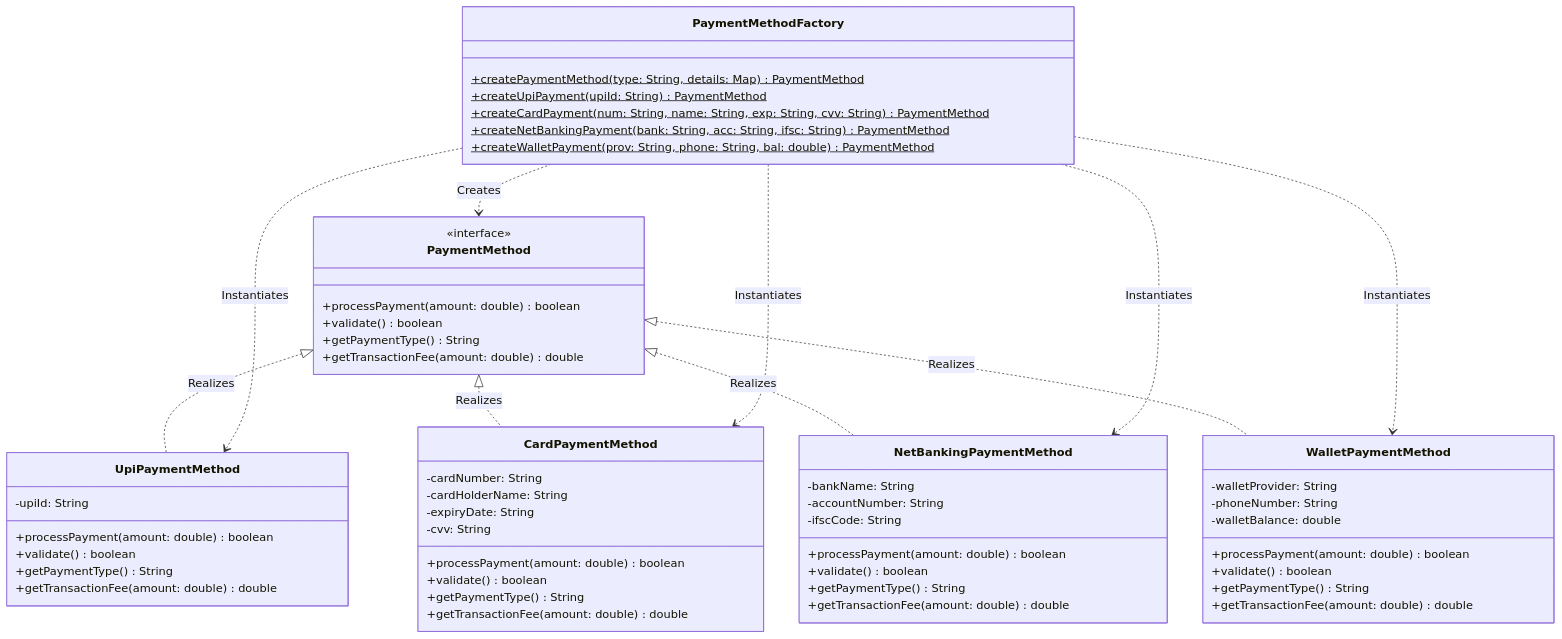
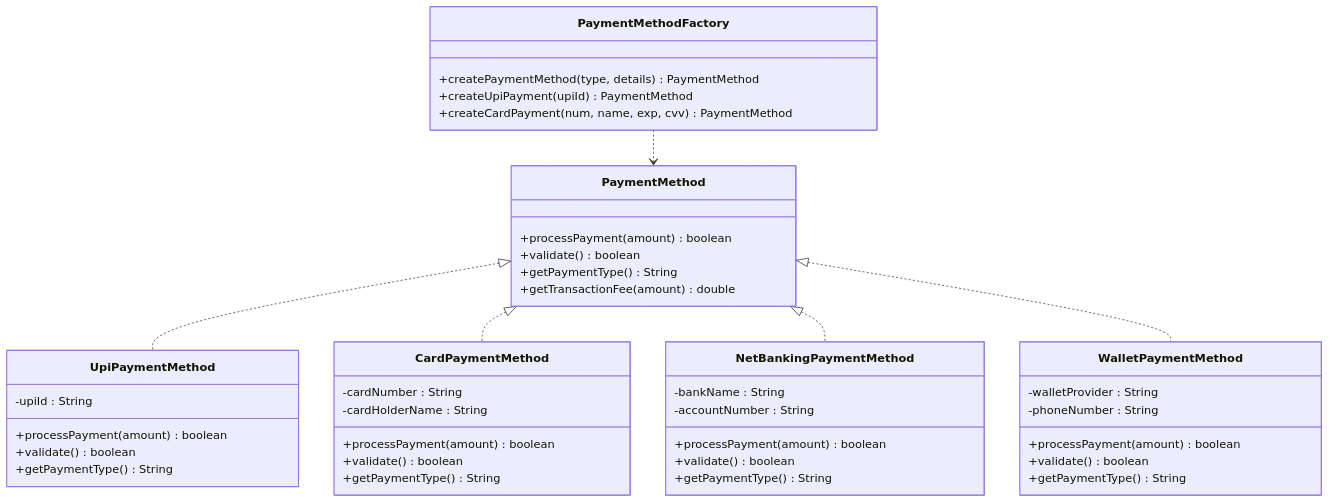
One commit to uttams237/oopsAndLLD changed the diagram in design-patterns/creational/factory/README.md. Above: the diagram before and after it, drawn with Mermaid. The commit also changed 5 other files, not shown here.

Commit message:
Simplify all Mermaid diagrams for GitHub compatibility

````diff
--- a/design-patterns/creational/factory/README.md
+++ b/design-patterns/creational/factory/README.md
@@ -66,67 +66,52 @@
 ```mermaid
 classDiagram
     class PaymentMethod {
-        <<interface>>
-        +processPayment(amount: double) boolean
+        +processPayment(amount) boolean
         +validate() boolean
         +getPaymentType() String
-        +getTransactionFee(amount: double) double
+        +getTransactionFee(amount) double
     }
 
     class UpiPaymentMethod {
-        -upiId: String
-        +processPayment(amount: double) boolean
+        -upiId : String
+        +processPayment(amount) boolean
         +validate() boolean
         +getPaymentType() String
-        +getTransactionFee(amount: double) double
     }
 
     class CardPaymentMethod {
-        -cardNumber: String
-        -cardHolderName: String
-        -expiryDate: String
-        -cvv: String
-        +processPayment(amount: double) boolean
+        -cardNumber : String
+        -cardHolderName : String
+        +processPayment(amount) boolean
         +validate() boolean
         +getPaymentType() String
-        +getTransactionFee(amount: double) double
     }
 
     class NetBankingPaymentMethod {
-        -bankName: String
-        -accountNumber: String
-        -ifscCode: String
-        +processPayment(amount: double) boolean
+        -bankName : String
+        -accountNumber : String
+        +processPayment(amount) boolean
         +validate() boolean
         +getPaymentType() String
-        +getTransactionFee(amount: double) double
     }
 
     class WalletPaymentMethod {
-        -walletProvider: String
-        -phoneNumber: String
-        -walletBalance: double
-        +processPayment(amount: double) boolean
+        -walletProvider : String
+        -phoneNumber : String
+        +processPayment(amount) boolean
         +validate() boolean
         +getPaymentType() String
-        +getTransactionFee(amount: double) double
     }
 
     class PaymentMethodFactory {
-        +createPaymentMethod(type: String, details: Map) PaymentMethod$
-        +createUpiPayment(upiId: String) PaymentMethod$
-        +createCardPayment(num: String, name: String, exp: String, cvv: String) PaymentMethod$
-        +createNetBankingPayment(bank: String, acc: String, ifsc: String) PaymentMethod$
-        +createWalletPayment(prov: String, phone: String, bal: double) PaymentMethod$
+        +createPaymentMethod(type, details) PaymentMethod
+        +createUpiPayment(upiId) PaymentMethod
+        +createCardPayment(num, name, exp, cvv) PaymentMethod
     }
 
-    PaymentMethod <|.. UpiPaymentMethod : Realizes
-    PaymentMethod <|.. CardPaymentMethod : Realizes
-    PaymentMethod <|.. NetBankingPaymentMethod : Realizes
-    PaymentMethod <|.. WalletPaymentMethod : Realizes
-    PaymentMethodFactory ..> PaymentMethod : Creates
-    PaymentMethodFactory ..> UpiPaymentMethod : Instantiates
-    PaymentMethodFactory ..> CardPaymentMethod : Instantiates
-    PaymentMethodFactory ..> NetBankingPaymentMethod : Instantiates
-    PaymentMethodFactory ..> WalletPaymentMethod : Instantiates
+    PaymentMethod <|.. UpiPaymentMethod
+    PaymentMethod <|.. CardPaymentMethod
+    PaymentMethod <|.. NetBankingPaymentMethod
+    PaymentMethod <|.. WalletPaymentMethod
+    PaymentMethodFactory ..> PaymentMethod
 ```
````
